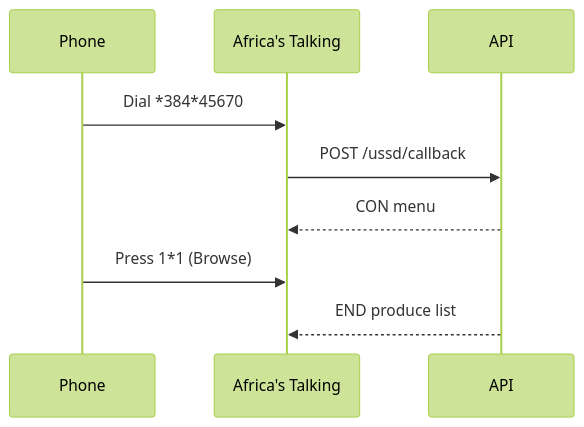
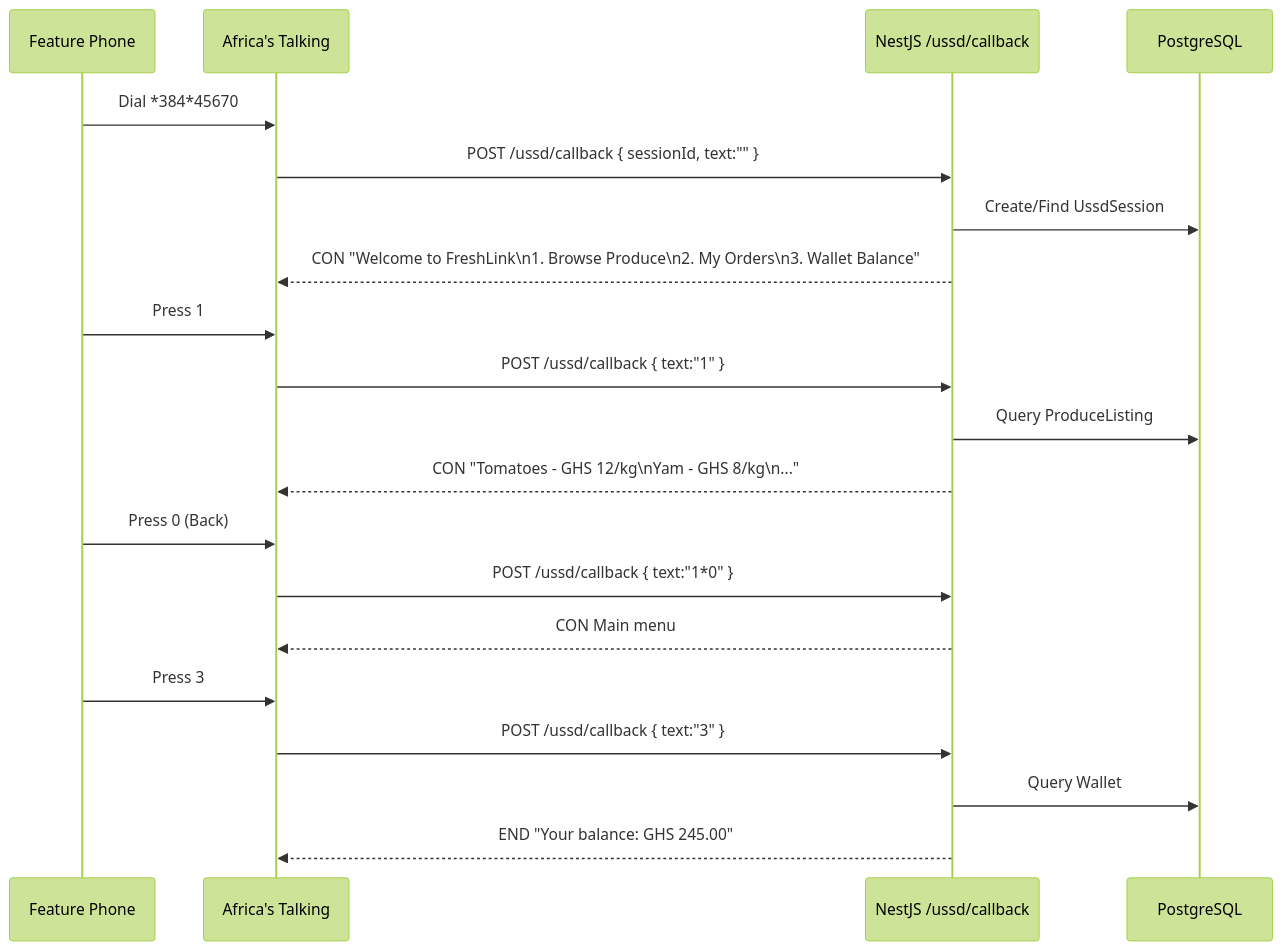
One commit to uplifttechGhana/Fresh-Link changed the fifth of 11 diagrams in README.md. Above: the diagram before and after it, drawn with Mermaid (forest theme). The commit also changed other lines of this file, not shown here.

First line of the commit message:
Update README with comprehensive architecture, user stories, and flows

````diff
--- a/README.md
+++ b/README.md
@@ -185,12 +321,26 @@
 ```mermaid
 sequenceDiagram
-  participant Phone
+  participant Phone as Feature Phone
   participant AT as Africa's Talking
-  participant API
+  participant API as NestJS /ussd/callback
+  participant DB as PostgreSQL
 
   Phone->>AT: Dial *384*45670#
-  AT->>API: POST /ussd/callback
-  API-->>AT: CON menu
-  Phone->>AT: Press 1*1 (Browse)
-  API-->>AT: END produce list
+  AT->>API: POST /ussd/callback { sessionId, text:"" }
+  API->>DB: Create/Find UssdSession
+  API-->>AT: CON "Welcome to FreshLink\n1. Browse Produce\n2. My Orders\n3. Wallet Balance"
+
+  Phone->>AT: Press 1
+  AT->>API: POST /ussd/callback { text:"1" }
+  API->>DB: Query ProduceListing
+  API-->>AT: CON "Tomatoes - GHS 12/kg\nYam - GHS 8/kg\n..."
+
+  Phone->>AT: Press 0 (Back)
+  AT->>API: POST /ussd/callback { text:"1*0" }
+  API-->>AT: CON Main menu
+
+  Phone->>AT: Press 3
+  AT->>API: POST /ussd/callback { text:"3" }
+  API->>DB: Query Wallet
+  API-->>AT: END "Your balance: GHS 245.00"
 ```
````
